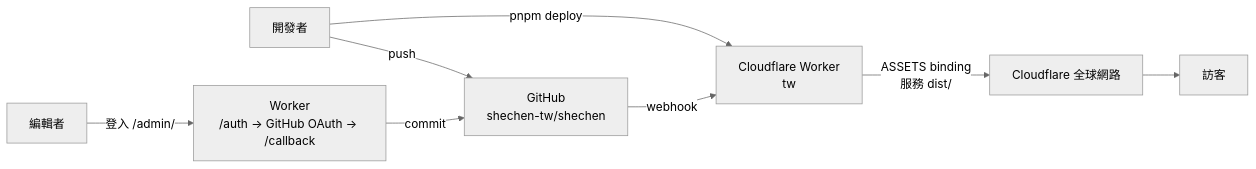
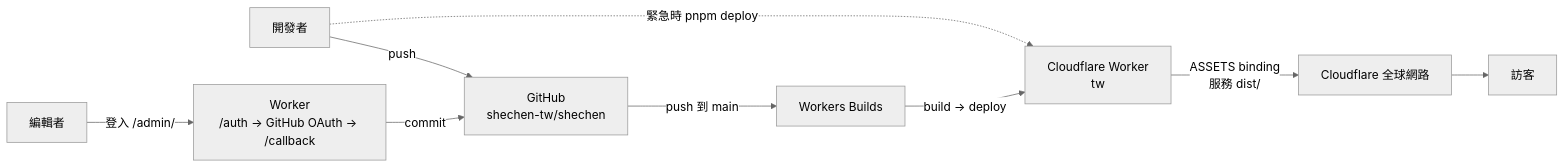
The diagram in docs/deployment.md (shechen-tw/shechen), drawn with Mermaid (neutral theme) before and after one commit. The commit also changed other lines of this file and 1 other file, not shown here.

Commit message:
docs: 修正 GitHub App 用詞並補上 Workers Builds 與安裝審核 (#16)

````diff
--- a/docs/deployment.md
+++ b/docs/deployment.md
@@ -5,10 +5,11 @@
 ```mermaid
 flowchart LR
   dev["開發者"] -->|push| gh["GitHub<br/>shechen-tw/shechen"]
-  dev -->|"pnpm deploy"| wrk["Cloudflare Worker<br/>tw"]
-  gh -->|webhook| wrk
+  gh -->|"push 到 main"| builds["Workers Builds"]
+  builds -->|"build → deploy"| wrk["Cloudflare Worker<br/>tw"]
+  dev -.->|"緊急時 pnpm deploy"| wrk
   wrk -->|"ASSETS binding<br/>服務 dist/"| edge["Cloudflare 全球網路"]
   editor["編輯者"] -->|登入 /admin/| oauth["Worker<br/>/auth → GitHub OAuth → /callback"]
   oauth -->|commit| gh
   edge --> visitor["訪客"]
 ```
````
